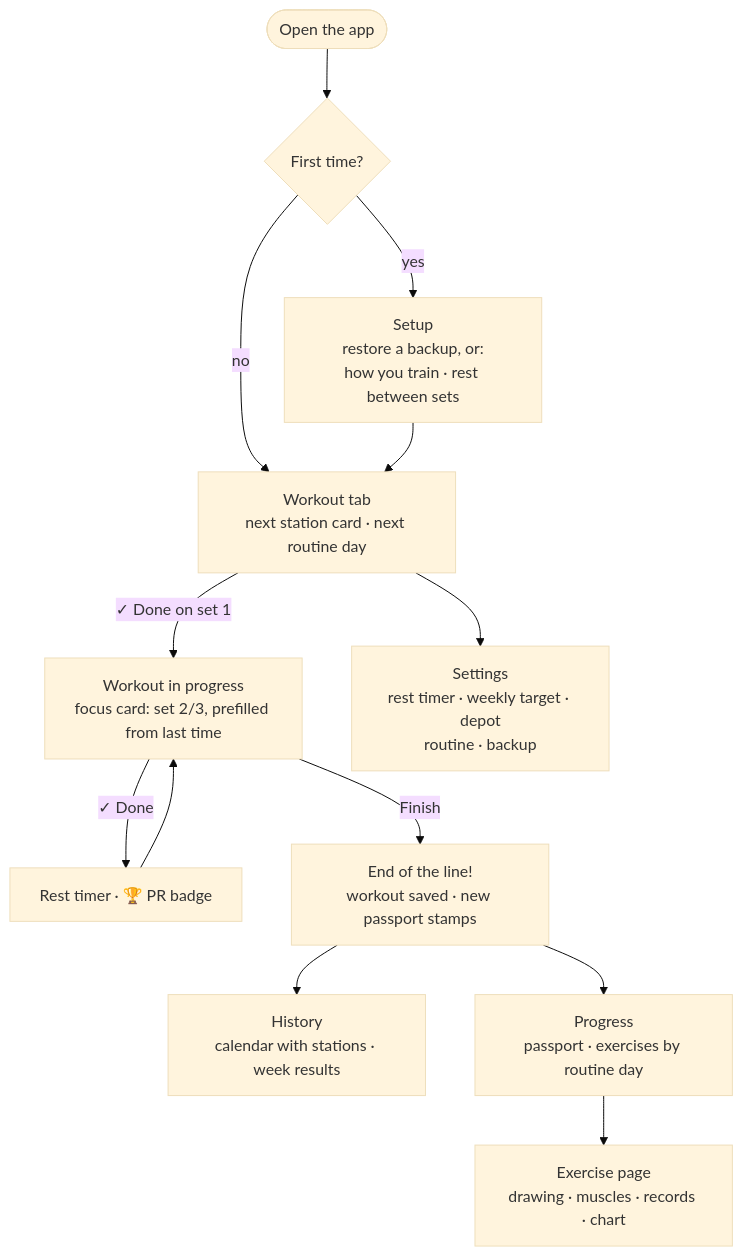
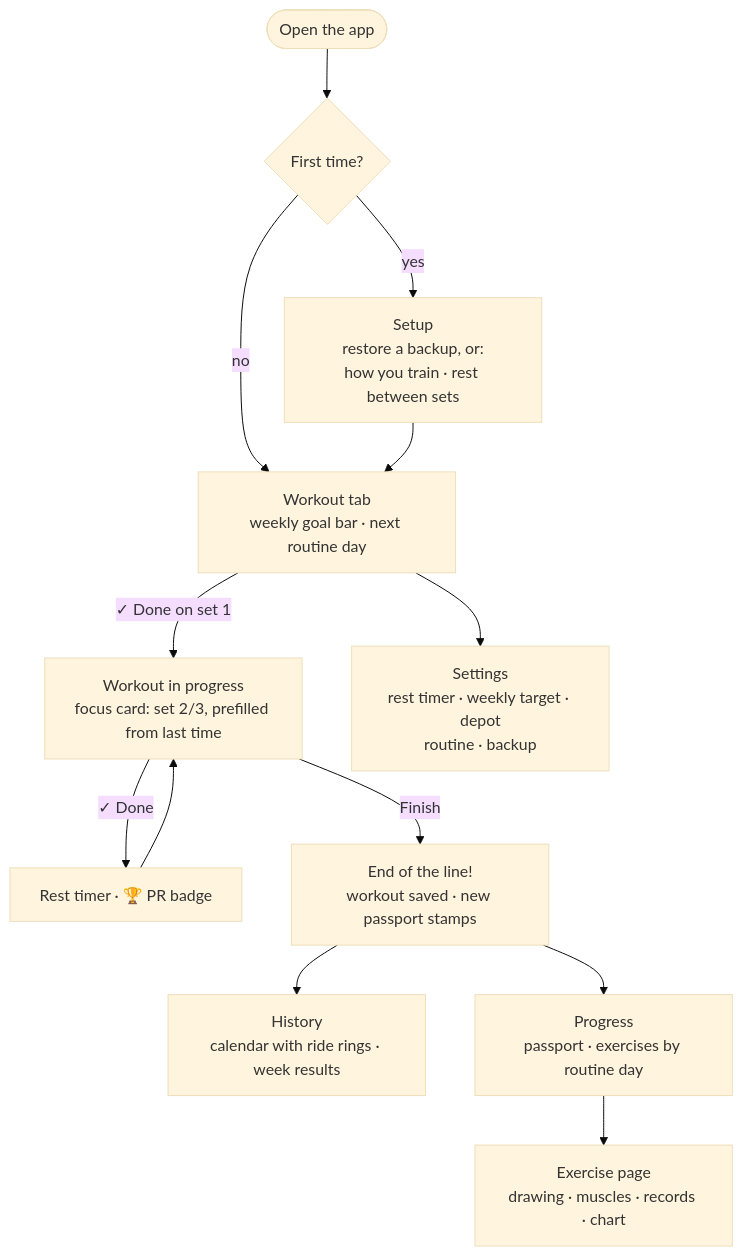
Before and after one commit to Wijnandvdm/gains-train: the second of 3 diagrams in docs/how-it-works.md, drawn with Mermaid (base theme). The commit also changed 14 other files, not shown here.

````diff
--- a/docs/how-it-works.md
+++ b/docs/how-it-works.md
@@ -53,15 +53,15 @@
 ```mermaid
 flowchart TD
   OPEN([Open the app]) --> FIRST{First time?}
   FIRST -- yes --> SETUP["Setup<br/>restore a backup, or:<br/>how you train · rest between sets"]
   FIRST -- no --> WORKOUT
-  SETUP --> WORKOUT["Workout tab<br/>next station card · next routine day"]
+  SETUP --> WORKOUT["Workout tab<br/>weekly goal bar · next routine day"]
   WORKOUT -- "✓ Done on set 1" --> ACTIVE["Workout in progress<br/>focus card: set 2/3, prefilled from last time"]
   ACTIVE -- "✓ Done" --> REST["Rest timer · 🏆 PR badge"]
   REST --> ACTIVE
   ACTIVE -- Finish --> DONE["End of the line!<br/>workout saved · new passport stamps"]
-  DONE --> HISTORY["History<br/>calendar with stations · week results"]
+  DONE --> HISTORY["History<br/>calendar with ride rings · week results"]
   DONE --> PROGRESS["Progress<br/>passport · exercises by routine day"]
   PROGRESS --> EXERCISE["Exercise page<br/>drawing · muscles · records · chart"]
   WORKOUT --> SETTINGS["Settings<br/>rest timer · weekly target · depot<br/>routine · backup"]
 ```
````
